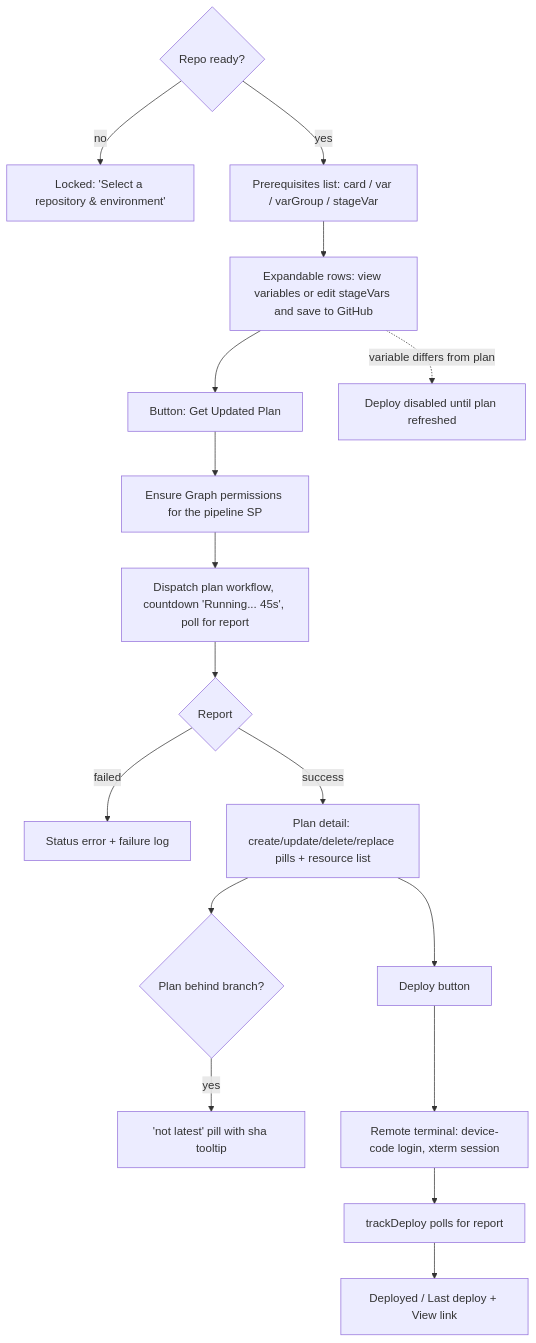
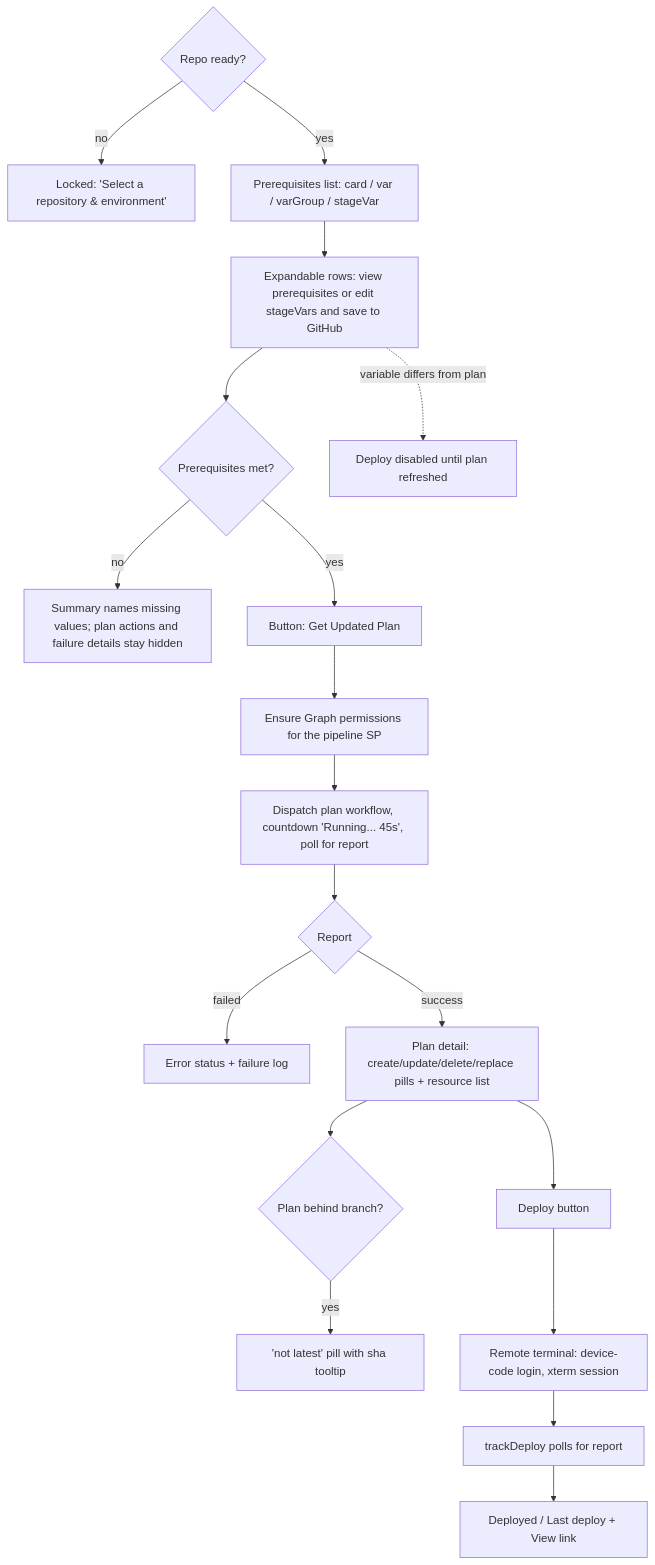
Before and after one commit to ZenMe-AU/ZenbloxCore: the ninth of 9 diagrams in zeninstallerPvt/ui/UI_UX.md, drawn with Mermaid. The commit also changed other lines of this file and 25 other files, not shown here.

````diff
--- a/zeninstallerPvt/ui/UI_UX.md
+++ b/zeninstallerPvt/ui/UI_UX.md
@@ -328,19 +329,21 @@
 ```mermaid
 flowchart TD
   L{Repo ready?} -- no --> Lock[Locked: 'Select a repository & environment']
   L -- yes --> P[Prerequisites list: card / var / varGroup / stageVar]
-  P --> Edit[Expandable rows: view variables or edit stageVars and save to GitHub]
-  Edit --> Run[Button: Get Updated Plan]
+  P --> Edit[Expandable rows: view prerequisites or edit stageVars and save to GitHub]
+  Edit --> Ready{Prerequisites met?}
+  Ready -- no --> Blocked[Summary names missing values; plan actions and failure details stay hidden]
+  Ready -- yes --> Run[Button: Get Updated Plan]
   Run --> Perm[Ensure Graph permissions for the pipeline SP]
   Perm --> Wf[Dispatch plan workflow, countdown 'Running... 45s', poll for report]
   Wf --> Rep{Report}
-  Rep -- failed --> Fail[Status error + failure log]
+  Rep -- failed --> Fail[Error status + failure log]
   Rep -- success --> Plan[Plan detail: create/update/delete/replace pills + resource list]
   Plan --> Beh{Plan behind branch?}
   Beh -- yes --> Pill['not latest' pill with sha tooltip]
   Plan --> Dep[Deploy button]
   Dep --> Term[Remote terminal: device-code login, xterm session]
   Term --> Track[trackDeploy polls for report]
   Track --> Done[Deployed / Last deploy + View link]
   Edit -. variable differs from plan .-> Stale[Deploy disabled until plan refreshed]
 ```
````
